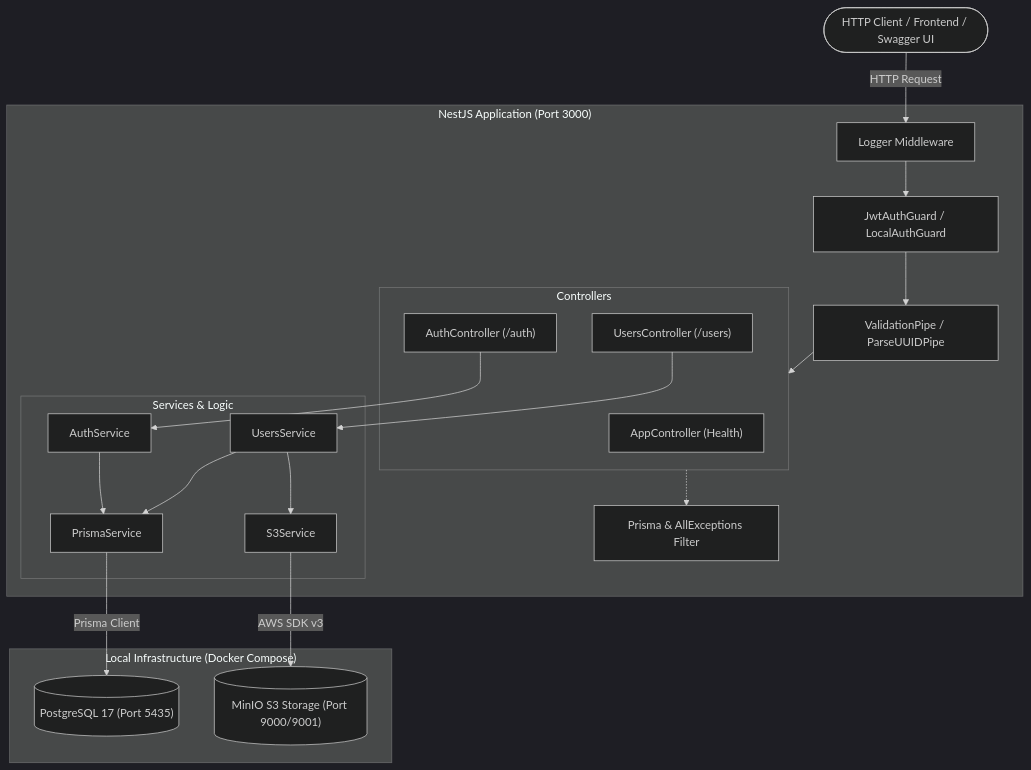
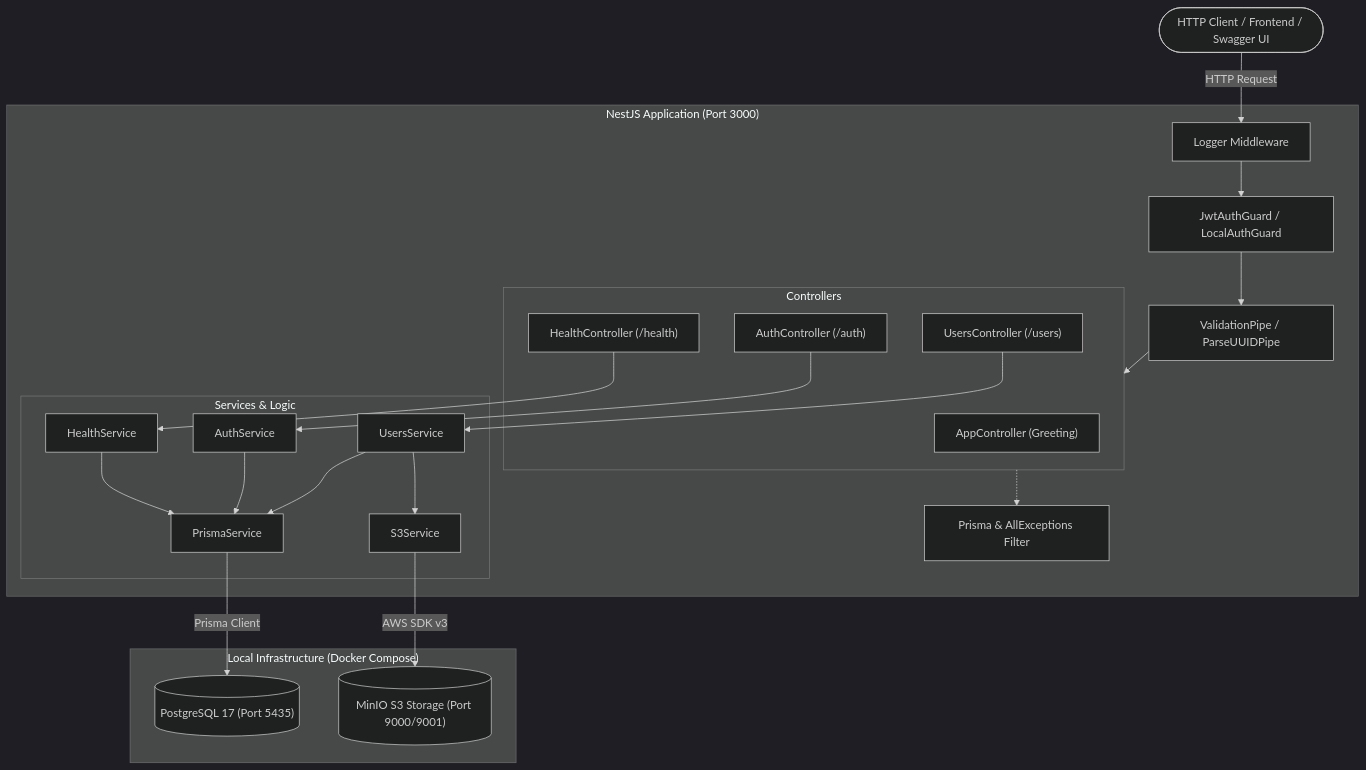
One commit to DarKnight2709/user-management-system changed the diagram in README.md. Above: the diagram before and after it, drawn with Mermaid (dark theme). The commit also changed other lines of this file and 1 other file, not shown here.

````diff
--- a/README.md
+++ b/README.md
@@ -42,45 +68,49 @@
 ```mermaid
 flowchart TD
     Client(["HTTP Client / Frontend / Swagger UI"])
 
     subgraph NestJS App ["NestJS Application (Port 3000)"]
         Middleware["Logger Middleware"]
         Guards["JwtAuthGuard / LocalAuthGuard"]
         Validation["ValidationPipe / ParseUUIDPipe"]
 
         subgraph Controllers ["Controllers"]
-            AppCtrl["AppController (Health)"]
+            AppCtrl["AppController (Greeting)"]
             AuthCtrl["AuthController (/auth)"]
             UsersCtrl["UsersController (/users)"]
+            HealthCtrl["HealthController (/health)"]
         end
 
         subgraph Services ["Services & Logic"]
             AuthSvc["AuthService"]
             UsersSvc["UsersService"]
             S3Svc["S3Service"]
             PrismaSvc["PrismaService"]
+            HealthSvc["HealthService"]
         end
 
         Filters["Prisma & AllExceptions Filter"]
     end
 
     subgraph Infrastructure ["Local Infrastructure (Docker Compose)"]
         PostgresDB[("PostgreSQL 17 (Port 5435)")]
         MinioStorage[("MinIO S3 Storage (Port 9000/9001)")]
     end
 
     Client -->|HTTP Request| Middleware
     Middleware --> Guards
     Guards --> Validation
     Validation --> Controllers
 
     AuthCtrl --> AuthSvc
     UsersCtrl --> UsersSvc
     UsersSvc --> S3Svc
     UsersSvc --> PrismaSvc
     AuthSvc --> PrismaSvc
+    HealthCtrl --> HealthSvc
+    HealthSvc --> PrismaSvc
 
     PrismaSvc -->|Prisma Client| PostgresDB
     S3Svc -->|AWS SDK v3| MinioStorage
     Controllers -.-> Filters
 ```
````
